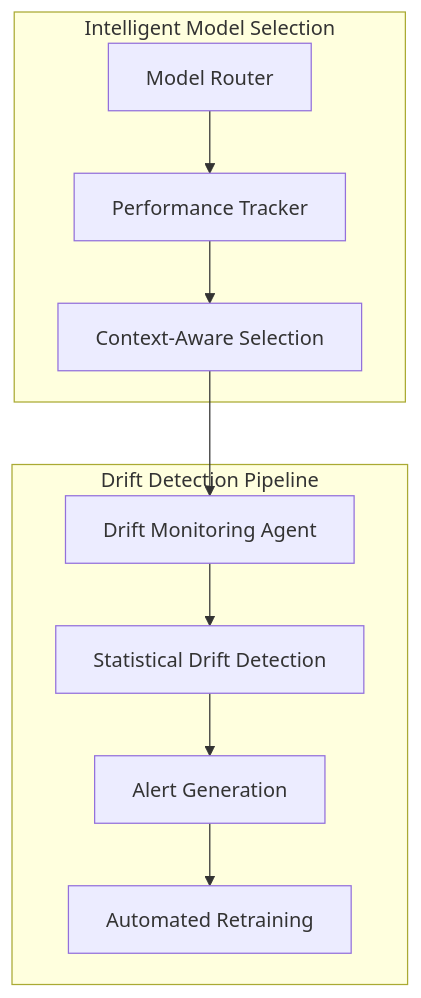
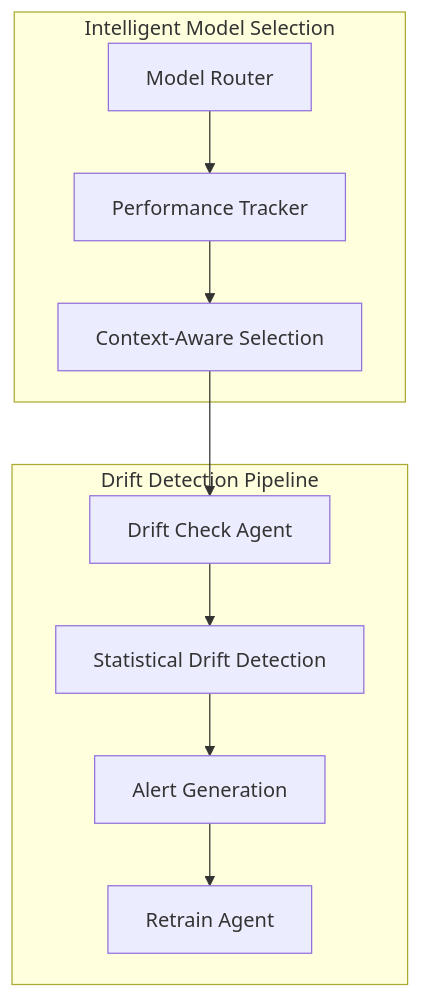
Before and after one commit to YanCotta/enterprise_challenge_sprint_1_hermes_reply: the eighth of 16 diagrams in smart-maintenance-saas/docs/SYSTEM_AND_ARCHITECTURE.md, drawn with Mermaid. The commit also changed other lines of this file, not shown here.

Commit message:
feat: update class definitions in architecture diagrams for improved clarity and consistency

````diff
--- a/smart-maintenance-saas/docs/SYSTEM_AND_ARCHITECTURE.md
+++ b/smart-maintenance-saas/docs/SYSTEM_AND_ARCHITECTURE.md
@@ -527,22 +532,22 @@
 ```mermaid
 graph TD
     subgraph "Drift Detection Pipeline"
-        MONITOR[Drift Monitoring Agent]
+        DCA[Drift Check Agent]
         DETECT[Statistical Drift Detection]
         ALERT[Alert Generation]
-        RETRAIN[Automated Retraining]
+        RTR[Retrain Agent]
     end
 
     subgraph "Intelligent Model Selection"
         ROUTER[Model Router]
         PERF[Performance Tracker]
         SELECT[Context-Aware Selection]
     end
 
-    MONITOR --> DETECT
+    DCA --> DETECT
     DETECT --> ALERT
-    ALERT --> RETRAIN
+    ALERT --> RTR
     ROUTER --> PERF
     PERF --> SELECT
-    SELECT --> MONITOR
+    SELECT --> DCA
 ```
````
